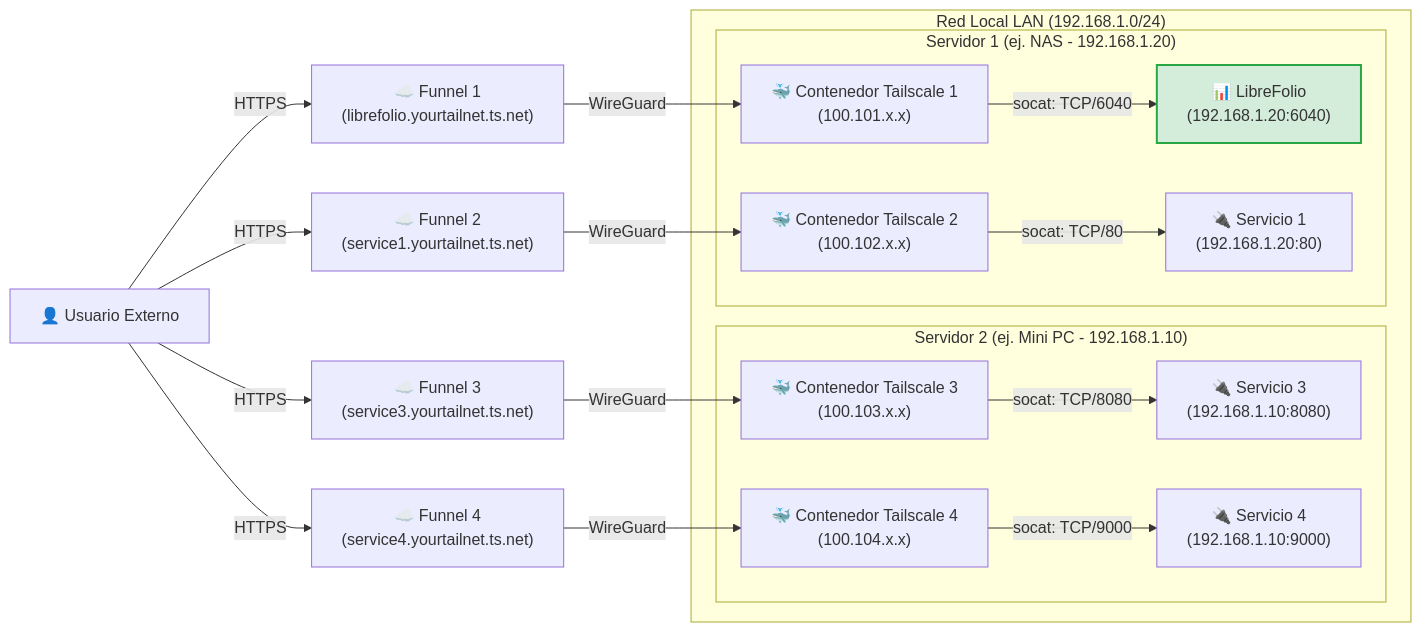
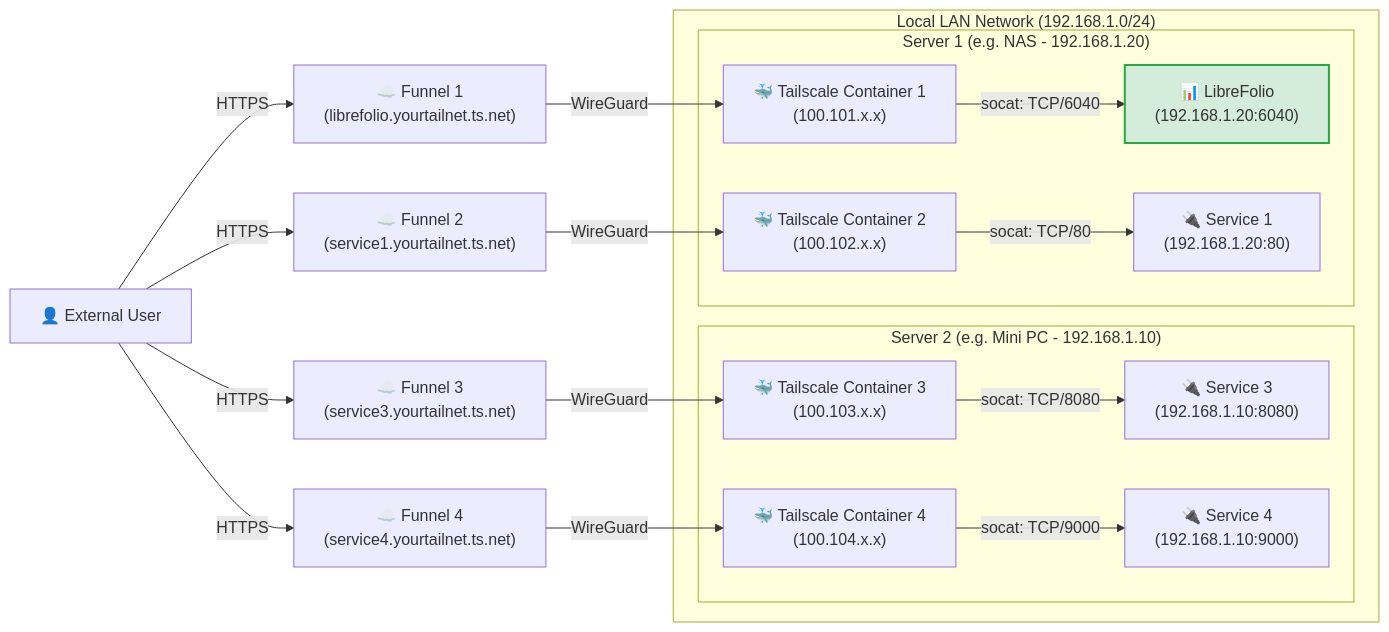
The fifth of 5 diagrams in mkdocs_src/docs/admin/service_exposure.es.md (Librefolio/LibreFolio), drawn with Mermaid before and after one commit. The commit also changed other lines of this file and 430 other files, not shown here.

````diff
--- a/mkdocs_src/docs/admin/service_exposure.es.md
+++ b/mkdocs_src/docs/admin/service_exposure.es.md
@@ -377,24 +310,24 @@
 ```mermaid
 graph LR
- User["👤 Usuario Externo"] -->|HTTPS| Funnel1["☁️ Funnel 1<br>(librefolio.yourtailnet.ts.net)"]
- User -->|HTTPS| Funnel2["☁️ Funnel 2<br>(service1.yourtailnet.ts.net)"]
- User -->|HTTPS| Funnel3["☁️ Funnel 3<br>(service3.yourtailnet.ts.net)"]
- User -->|HTTPS| Funnel4["☁️ Funnel 4<br>(service4.yourtailnet.ts.net)"]
- 
- Funnel1 -->|WireGuard| TSC1["🐳 Contenedor Tailscale 1<br>(100.101.x.x)"]
- Funnel2 -->|WireGuard| TSC2["🐳 Contenedor Tailscale 2<br>(100.102.x.x)"]
- Funnel3 -->|WireGuard| TSC3["🐳 Contenedor Tailscale 3<br>(100.103.x.x)"]
- Funnel4 -->|WireGuard| TSC4["🐳 Contenedor Tailscale 4<br>(100.104.x.x)"]
- 
- subgraph LAN ["Red Local LAN (192.168.1.0/24)"]
- subgraph Host2 ["Servidor 2 (ej. Mini PC - 192.168.1.10)"]
- TSC3 -->|socat: TCP/8080| Service3["🔌 Servicio 3<br>(192.168.1.10:8080)"]
- TSC4 -->|socat: TCP/9000| Service4["🔌 Servicio 4<br>(192.168.1.10:9000)"]
- end
- subgraph Host1 ["Servidor 1 (ej. NAS - 192.168.1.20)"]
- TSC1 -->|socat: TCP/6040| LibreFolio["📊 LibreFolio<br>(192.168.1.20:6040)"]
- TSC2 -->|socat: TCP/80| Service1["🔌 Servicio 1<br>(192.168.1.20:80)"]
- end
- end
- style LibreFolio fill:#d4edda,stroke:#28a745,stroke-width:2px;
+    User["👤 External User"] -->|HTTPS| Funnel1["☁️ Funnel 1<br>(librefolio.yourtailnet.ts.net)"]
+    User -->|HTTPS| Funnel2["☁️ Funnel 2<br>(service1.yourtailnet.ts.net)"]
+    User -->|HTTPS| Funnel3["☁️ Funnel 3<br>(service3.yourtailnet.ts.net)"]
+    User -->|HTTPS| Funnel4["☁️ Funnel 4<br>(service4.yourtailnet.ts.net)"]
+
+    Funnel1 -->|WireGuard| TSC1["🐳 Tailscale Container 1<br>(100.101.x.x)"]
+    Funnel2 -->|WireGuard| TSC2["🐳 Tailscale Container 2<br>(100.102.x.x)"]
+    Funnel3 -->|WireGuard| TSC3["🐳 Tailscale Container 3<br>(100.103.x.x)"]
+    Funnel4 -->|WireGuard| TSC4["🐳 Tailscale Container 4<br>(100.104.x.x)"]
+
+    subgraph LAN ["Local LAN Network (192.168.1.0/24)"]
+        subgraph Host2 ["Server 2 (e.g. Mini PC - 192.168.1.10)"]
+            TSC3 -->|socat: TCP/8080| Service3["🔌 Service 3<br>(192.168.1.10:8080)"]
+            TSC4 -->|socat: TCP/9000| Service4["🔌 Service 4<br>(192.168.1.10:9000)"]
+        end
+        subgraph Host1 ["Server 1 (e.g. NAS - 192.168.1.20)"]
+            TSC1 -->|socat: TCP/6040| LibreFolio["📊 LibreFolio<br>(192.168.1.20:6040)"]
+            TSC2 -->|socat: TCP/80| Service1["🔌 Service 1<br>(192.168.1.20:80)"]
+        end
+    end
+    style LibreFolio fill:#d4edda,stroke:#28a745,stroke-width:2px;
 ```
````
